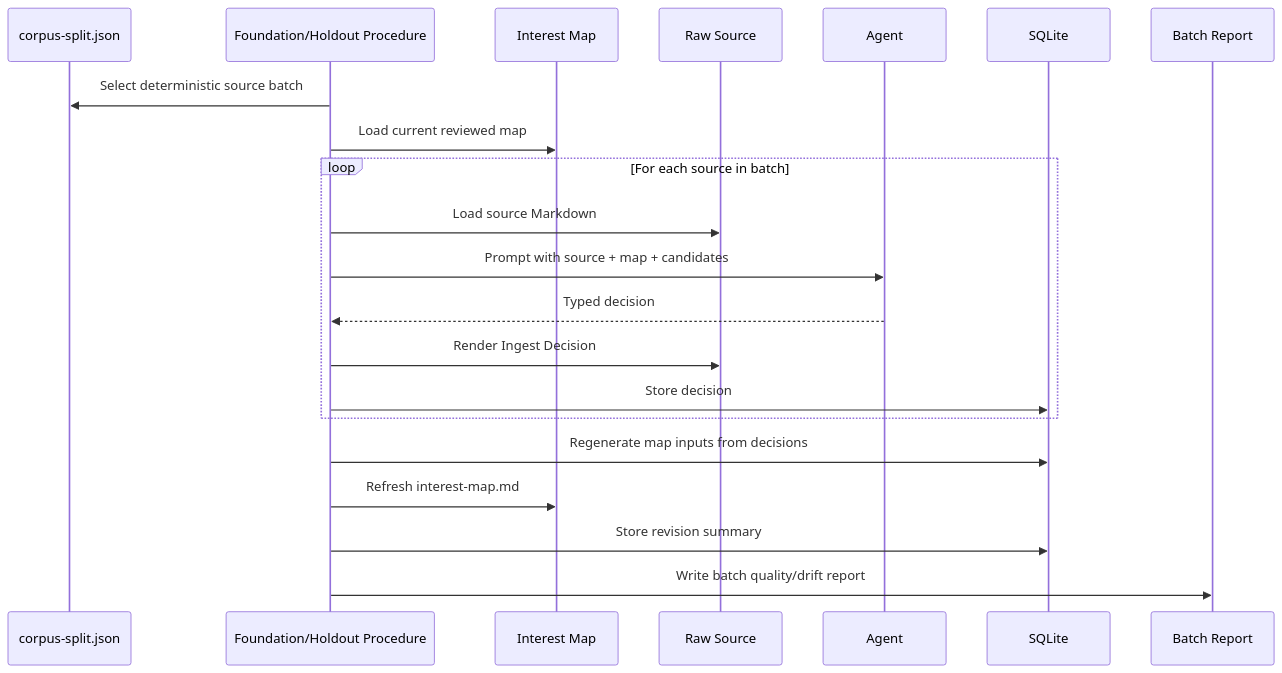
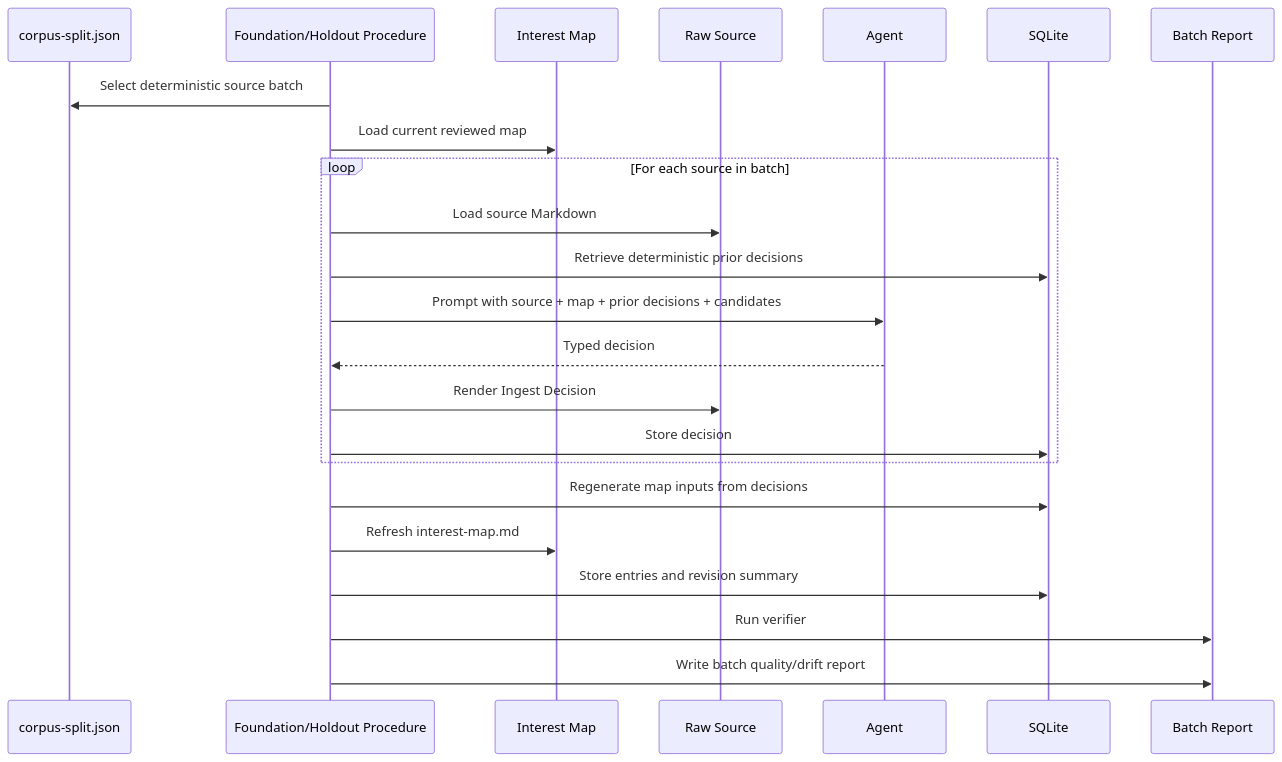
One commit to jflam/x-bookmarks changed the second of 2 diagrams in docs/interest-map-ingestion-flow.md. Above: the diagram before and after it, drawn with Mermaid. The commit also changed other lines of this file and 17 other files, not shown here.

````diff
--- a/docs/interest-map-ingestion-flow.md
+++ b/docs/interest-map-ingestion-flow.md
@@ -335,26 +423,28 @@
 ```mermaid
 sequenceDiagram
     participant Split as corpus-split.json
     participant Proc as Foundation/Holdout Procedure
     participant Map as Interest Map
     participant Source as Raw Source
     participant Agent as Agent
     participant DB as SQLite
     participant Report as Batch Report
 
     Proc->>Split: Select deterministic source batch
     Proc->>Map: Load current reviewed map
 
     loop For each source in batch
         Proc->>Source: Load source Markdown
-        Proc->>Agent: Prompt with source + map + candidates
+        Proc->>DB: Retrieve deterministic prior decisions
+        Proc->>Agent: Prompt with source + map + prior decisions + candidates
         Agent-->>Proc: Typed decision
         Proc->>Source: Render Ingest Decision
         Proc->>DB: Store decision
     end
 
     Proc->>DB: Regenerate map inputs from decisions
     Proc->>Map: Refresh interest-map.md
-    Proc->>DB: Store revision summary
+    Proc->>DB: Store entries and revision summary
+    Proc->>Report: Run verifier
     Proc->>Report: Write batch quality/drift report
 ```
````
